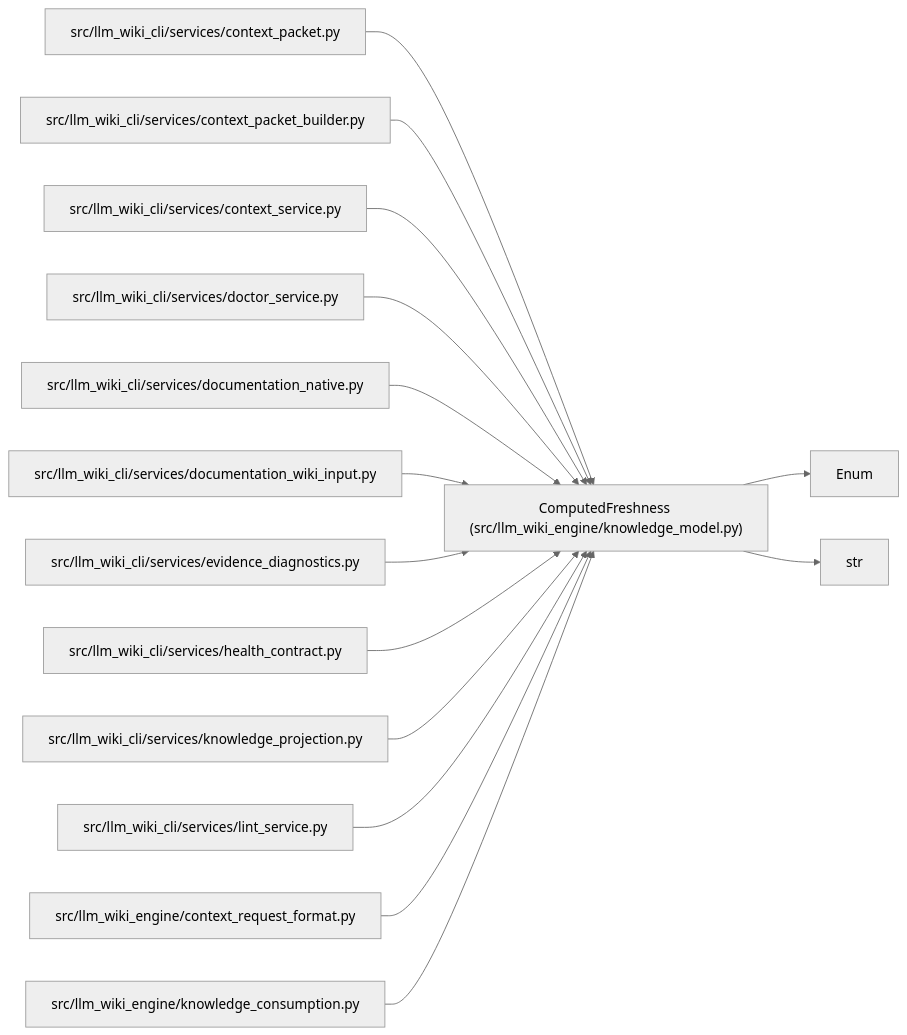
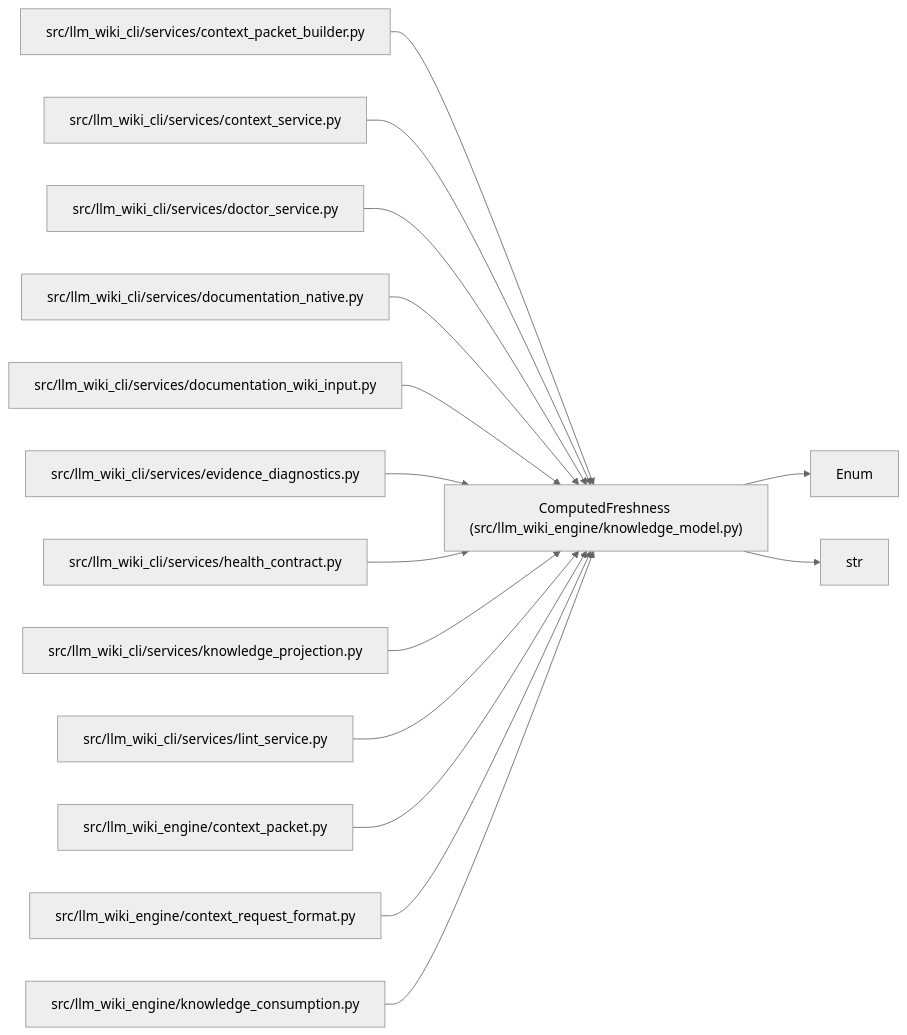
Before and after one commit to Denissvgn/python-wiki-llm: the diagram in docs/llm_wiki/entities/ComputedFreshness.md, drawn with Mermaid (neutral theme). The commit also changed 577 other files, not shown here.

Commit message:
docs: refresh the wiki for the engine context packet

````diff
--- a/docs/llm_wiki/entities/ComputedFreshness.md
+++ b/docs/llm_wiki/entities/ComputedFreshness.md
@@ -30,45 +30,45 @@
 ```mermaid
 flowchart LR
     n0["ComputedFreshness (src/llm_wiki_engine/knowledge_model.py)"]
     n1["Enum"]
     n2["str"]
-    n3["src/llm_wiki_cli/services/context_packet.py"]
-    n4["src/llm_wiki_cli/services/context_packet_builder.py"]
-    n5["src/llm_wiki_cli/services/context_service.py"]
-    n6["src/llm_wiki_cli/services/doctor_service.py"]
-    n7["src/llm_wiki_cli/services/documentation_native.py"]
-    n8["src/llm_wiki_cli/services/documentation_wiki_input.py"]
-    n9["src/llm_wiki_cli/services/evidence_diagnostics.py"]
-    n10["src/llm_wiki_cli/services/health_contract.py"]
-    n11["src/llm_wiki_cli/services/knowledge_projection.py"]
-    n12["src/llm_wiki_cli/services/lint_service.py"]
+    n3["src/llm_wiki_cli/services/context_packet_builder.py"]
+    n4["src/llm_wiki_cli/services/context_service.py"]
+    n5["src/llm_wiki_cli/services/doctor_service.py"]
+    n6["src/llm_wiki_cli/services/documentation_native.py"]
+    n7["src/llm_wiki_cli/services/documentation_wiki_input.py"]
+    n8["src/llm_wiki_cli/services/evidence_diagnostics.py"]
+    n9["src/llm_wiki_cli/services/health_contract.py"]
+    n10["src/llm_wiki_cli/services/knowledge_projection.py"]
+    n11["src/llm_wiki_cli/services/lint_service.py"]
+    n12["src/llm_wiki_engine/context_packet.py"]
     n13["src/llm_wiki_engine/context_request_format.py"]
     n14["src/llm_wiki_engine/knowledge_consumption.py"]
     n0 --> n1
     n0 --> n2
     n3 --> n0
     n4 --> n0
     n5 --> n0
     n6 --> n0
     n7 --> n0
     n8 --> n0
     n9 --> n0
     n10 --> n0
     n11 --> n0
     n12 --> n0
     n13 --> n0
     n14 --> n0
     click n0 "../modules/knowledge_model.md"
-    click n3 "../modules/context_packet.md"
-    click n4 "../modules/context_packet_builder.md"
-    click n5 "../modules/context_service.md"
-    click n6 "../modules/doctor_service.md"
-    click n7 "../modules/documentation_native.md"
-    click n8 "../modules/documentation_wiki_input.md"
-    click n9 "../modules/evidence_diagnostics.md"
-    click n10 "../modules/health_contract.md"
-    click n11 "../modules/knowledge_projection.md"
-    click n12 "../modules/lint_service.md"
+    click n3 "../modules/context_packet_builder.md"
+    click n4 "../modules/context_service.md"
+    click n5 "../modules/doctor_service.md"
+    click n6 "../modules/documentation_native.md"
+    click n7 "../modules/documentation_wiki_input.md"
+    click n8 "../modules/evidence_diagnostics.md"
+    click n9 "../modules/health_contract.md"
+    click n10 "../modules/knowledge_projection.md"
+    click n11 "../modules/lint_service.md"
+    click n12 "../modules/context_packet.md"
     click n13 "../modules/context_request_format.md"
     click n14 "../modules/knowledge_consumption.md"
 ```
````
